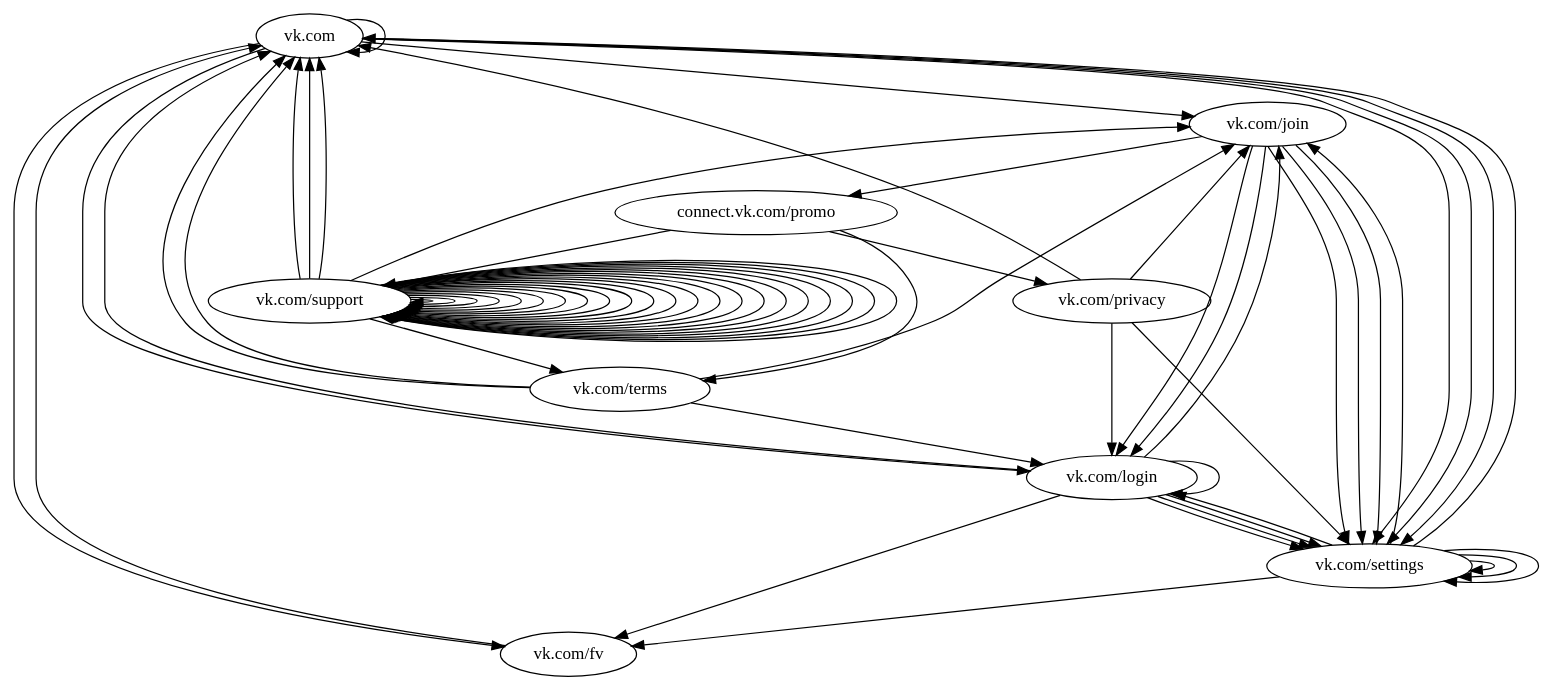
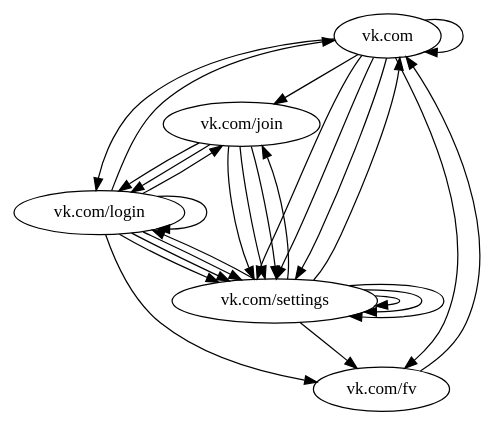
The diagram in second/second.gv (ironrustem/DataMining), drawn with Graphviz before and after one commit. The commit also changed 5 other files, not shown here.

```diff
--- a/second/second.gv
+++ b/second/second.gv
@@ -1,68 +1,29 @@
 digraph G {
 	"vk.com" -> "vk.com"
 	"vk.com" -> "vk.com/join"
 	"vk.com" -> "vk.com/login"
 	"vk.com" -> "vk.com/settings"
 	"vk.com" -> "vk.com/settings"
 	"vk.com" -> "vk.com/settings"
 	"vk.com" -> "vk.com/fv"
 	"vk.com/fv" -> "vk.com"
 	"vk.com/join" -> "vk.com/login"
-	"vk.com/join" -> "connect.vk.com/promo"
 	"vk.com/join" -> "vk.com/login"
 	"vk.com/join" -> "vk.com/settings"
 	"vk.com/join" -> "vk.com/settings"
 	"vk.com/join" -> "vk.com/settings"
 	"vk.com/login" -> "vk.com"
 	"vk.com/login" -> "vk.com/join"
 	"vk.com/login" -> "vk.com/login"
 	"vk.com/login" -> "vk.com/settings"
 	"vk.com/login" -> "vk.com/settings"
 	"vk.com/login" -> "vk.com/settings"
 	"vk.com/login" -> "vk.com/fv"
-	"connect.vk.com/promo" -> "vk.com/terms"
-	"connect.vk.com/promo" -> "vk.com/privacy"
-	"connect.vk.com/promo" -> "vk.com/support"
 	"vk.com/settings" -> "vk.com"
 	"vk.com/settings" -> "vk.com/join"
 	"vk.com/settings" -> "vk.com/login"
 	"vk.com/settings" -> "vk.com/settings"
 	"vk.com/settings" -> "vk.com/settings"
 	"vk.com/settings" -> "vk.com/settings"
 	"vk.com/settings" -> "vk.com/fv"
-	"vk.com/support" -> "vk.com"
-	"vk.com/support" -> "vk.com"
-	"vk.com/support" -> "vk.com"
-	"vk.com/support" -> "vk.com/join"
-	"vk.com/support" -> "vk.com/support"
-	"vk.com/support" -> "vk.com/support"
-	"vk.com/support" -> "vk.com/support"
-	"vk.com/support" -> "vk.com/support"
-	"vk.com/support" -> "vk.com/support"
-	"vk.com/support" -> "vk.com/support"
-	"vk.com/support" -> "vk.com/support"
-	"vk.com/support" -> "vk.com/support"
-	"vk.com/support" -> "vk.com/support"
-	"vk.com/support" -> "vk.com/support"
-	"vk.com/support" -> "vk.com/support"
-	"vk.com/support" -> "vk.com/support"
-	"vk.com/support" -> "vk.com/support"
-	"vk.com/support" -> "vk.com/support"
-	"vk.com/support" -> "vk.com/support"
-	"vk.com/support" -> "vk.com/support"
-	"vk.com/support" -> "vk.com/support"
-	"vk.com/support" -> "vk.com/support"
-	"vk.com/support" -> "vk.com/support"
-	"vk.com/support" -> "vk.com/support"
-	"vk.com/support" -> "vk.com/support"
-	"vk.com/support" -> "vk.com/support"
-	"vk.com/support" -> "vk.com/terms"
-	"vk.com/terms" -> "vk.com/login"
-	"vk.com/terms" -> "vk.com/join"
-	"vk.com/terms" -> "vk.com"
-	"vk.com/terms" -> "vk.com"
-	"vk.com/privacy" -> "vk.com/login"
-	"vk.com/privacy" -> "vk.com/join"
-	"vk.com/privacy" -> "vk.com"
-	"vk.com/privacy" -> "vk.com/settings"
 }
```
